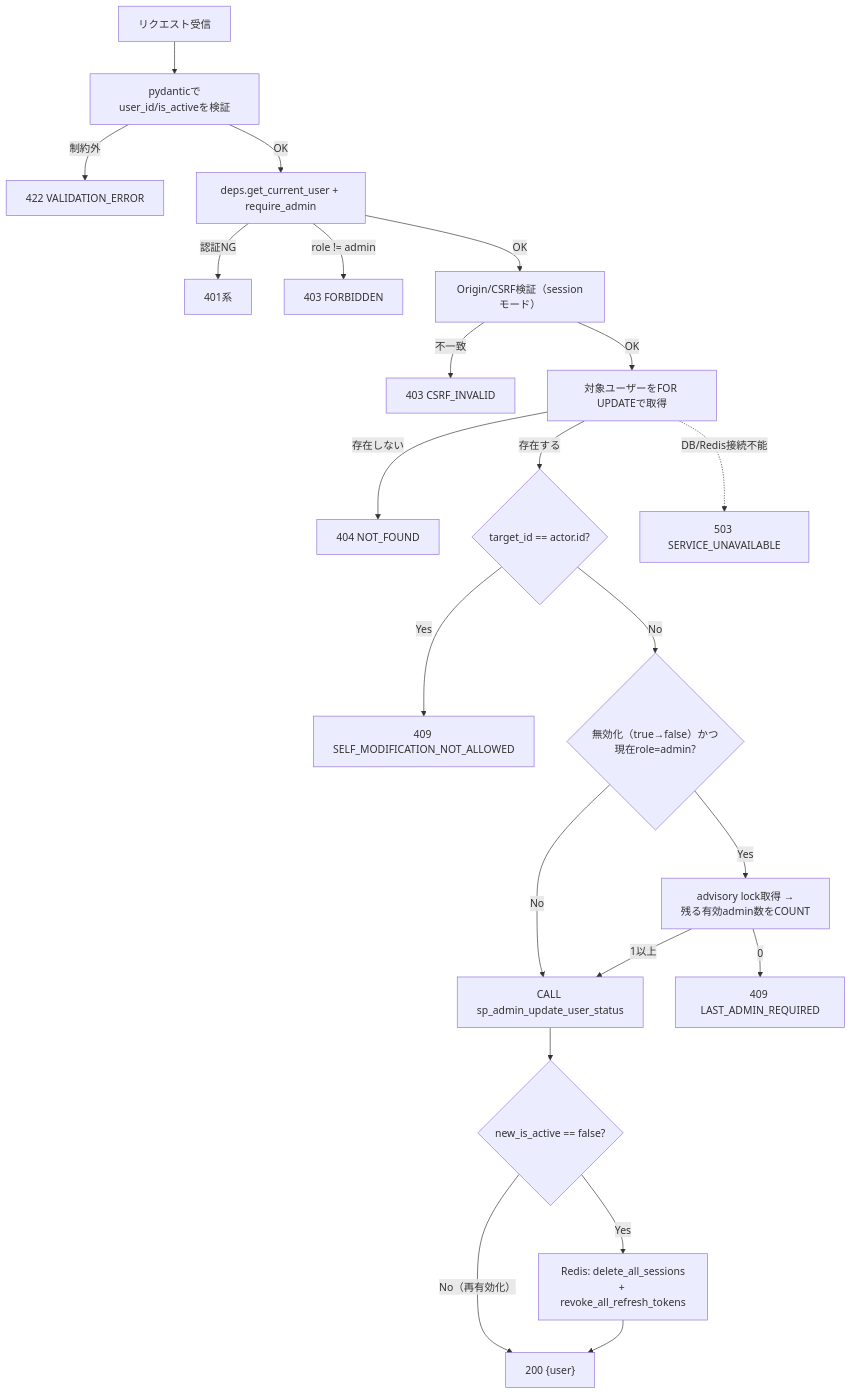
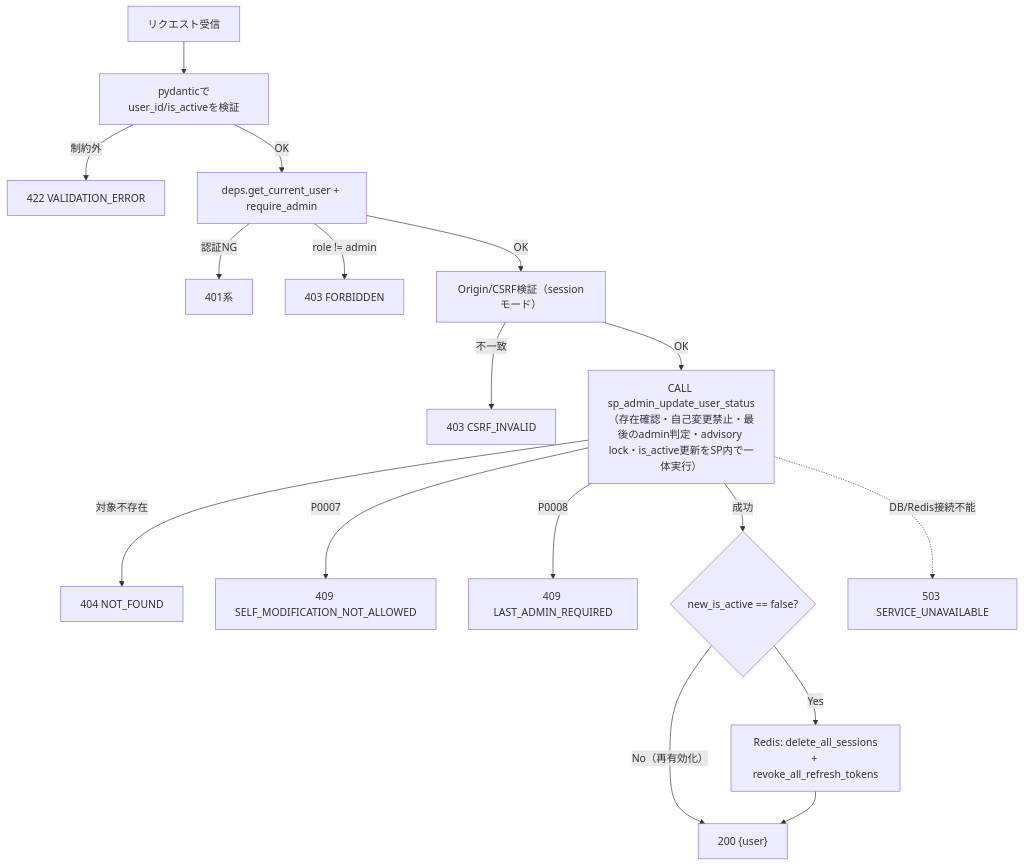
Before and after one commit to oikawa-d/task_management: the second of 4 diagrams in detailed_design/api/admin/03_patch_admin_user_status.md, drawn with Mermaid. The commit also changed other lines of this file and 5 other files, not shown here.

````diff
--- a/detailed_design/api/admin/03_patch_admin_user_status.md
+++ b/detailed_design/api/admin/03_patch_admin_user_status.md
@@ -148,24 +136,19 @@
 ```mermaid
 flowchart TB
     A["リクエスト受信"] --> B["pydanticでuser_id/is_activeを検証"]
     B -->|"制約外"| B1["422 VALIDATION_ERROR"]
     B -->|"OK"| C["deps.get_current_user + require_admin"]
     C -->|"認証NG"| C1["401系"]
     C -->|"role != admin"| C2["403 FORBIDDEN"]
     C -->|"OK"| D["Origin/CSRF検証（sessionモード）"]
     D -->|"不一致"| D1["403 CSRF_INVALID"]
-    D -->|"OK"| E["対象ユーザーをFOR UPDATEで取得"]
-    E -->|"存在しない"| E1["404 NOT_FOUND"]
-    E -->|"存在する"| F{"target_id == actor.id?"}
-    F -->|"Yes"| F1["409 SELF_MODIFICATION_NOT_ALLOWED"]
-    F -->|"No"| G{"無効化（true→false）かつ<br/>現在role=admin?"}
-    G -->|"No"| I["CALL sp_admin_update_user_status"]
-    G -->|"Yes"| H["advisory lock取得 →<br/>残る有効admin数をCOUNT"]
-    H -->|"0"| H1["409 LAST_ADMIN_REQUIRED"]
-    H -->|"1以上"| I
-    I --> J{"new_is_active == false?"}
+    D -->|"OK"| I["CALL sp_admin_update_user_status<br/>（存在確認・自己変更禁止・最後のadmin判定・advisory lock・is_active更新をSP内で一体実行）"]
+    I -->|"対象不存在"| E1["404 NOT_FOUND"]
+    I -->|"P0007"| F1["409 SELF_MODIFICATION_NOT_ALLOWED"]
+    I -->|"P0008"| H1["409 LAST_ADMIN_REQUIRED"]
+    I -->|"成功"| J{"new_is_active == false?"}
     J -->|"Yes"| K["Redis: delete_all_sessions<br/>+ revoke_all_refresh_tokens"]
     J -->|"No（再有効化）"| L["200 {user}"]
     K --> L
-    E -.->|"DB/Redis接続不能"| M["503 SERVICE_UNAVAILABLE"]
+    I -.->|"DB/Redis接続不能"| M["503 SERVICE_UNAVAILABLE"]
 ```
````
